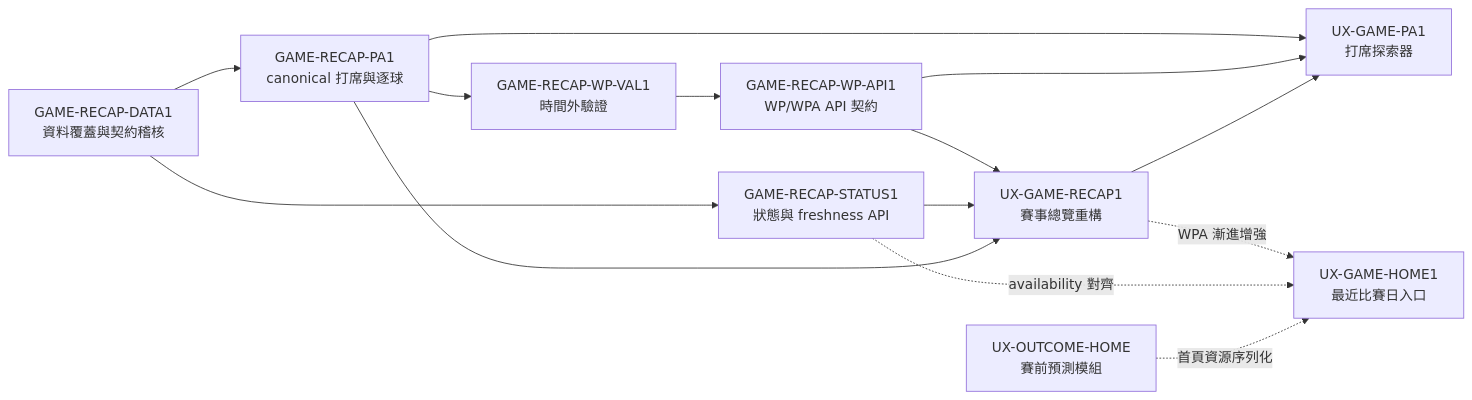
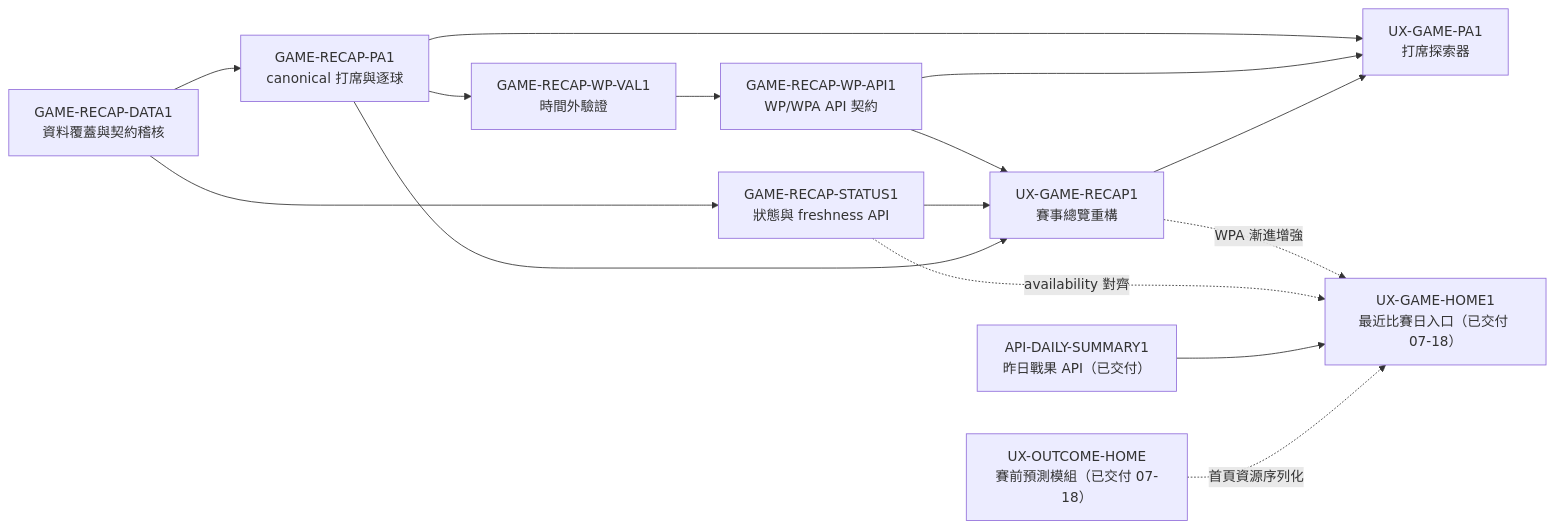
One commit to ruan6047/cpbl-analytics changed the diagram in docs/tasks/INIT-GAME-RECAP.md. Above: the diagram before and after it, drawn with Mermaid. The commit also changed other lines of this file and 2 other files, not shown here.

Commit message:
docs: apply DOC-GAME-RECAP1 review fixes and bump spec to v1.3
依 DOC-GAME-RECAP1 獨立查核（Claude Opus，request-changes）修正需求方核可的
四項缺陷：
- F1 現況盤點時效性：spec §3.2／§6.1 與 INIT 風險段更新 ML-SIM1 已對帳、
  UX-GAME-HOME1／UX-OUTCOME-HOME 已交付部署、首頁序列化前置消除。
- F2 DOC 卡執行欄位改為獨立查核者（Claude ≠ 原撰寫者）。
- F3 INIT 依賴圖補 API-DAILY-SUMMARY1 首頁鏈節點。
- F4 INIT mermaid 換行 \n 改 <br>。
核心資料／PA/WP/STATUS 與可及性設計不變。

````diff
--- a/docs/tasks/INIT-GAME-RECAP.md
+++ b/docs/tasks/INIT-GAME-RECAP.md
@@ -11,16 +11,17 @@
 ```mermaid
 flowchart LR
-  D["GAME-RECAP-DATA1\n資料覆蓋與契約稽核"] --> P["GAME-RECAP-PA1\ncanonical 打席與逐球"]
-  D --> S["GAME-RECAP-STATUS1\n狀態與 freshness API"]
-  P --> V["GAME-RECAP-WP-VAL1\n時間外驗證"]
-  V --> A["GAME-RECAP-WP-API1\nWP/WPA API 契約"]
-  A --> U1["UX-GAME-RECAP1\n賽事總覽重構"]
+  D["GAME-RECAP-DATA1<br>資料覆蓋與契約稽核"] --> P["GAME-RECAP-PA1<br>canonical 打席與逐球"]
+  D --> S["GAME-RECAP-STATUS1<br>狀態與 freshness API"]
+  P --> V["GAME-RECAP-WP-VAL1<br>時間外驗證"]
+  V --> A["GAME-RECAP-WP-API1<br>WP/WPA API 契約"]
+  A --> U1["UX-GAME-RECAP1<br>賽事總覽重構"]
   S --> U1
   P --> U1
-  P --> U2["UX-GAME-PA1\n打席探索器"]
+  P --> U2["UX-GAME-PA1<br>打席探索器"]
   A --> U2
   U1 --> U2
-  U1 -. "WPA 漸進增強" .-> H["UX-GAME-HOME1\n最近比賽日入口"]
+  U1 -. "WPA 漸進增強" .-> H["UX-GAME-HOME1<br>最近比賽日入口（已交付 07-18）"]
   S -. "availability 對齊" .-> H
-  O["UX-OUTCOME-HOME\n賽前預測模組"] -. "首頁資源序列化" .-> H
+  DS["API-DAILY-SUMMARY1<br>昨日戰果 API（已交付）"] --> H
+  O["UX-OUTCOME-HOME<br>賽前預測模組（已交付 07-18）"] -. "首頁資源序列化" .-> H
 ```
````
